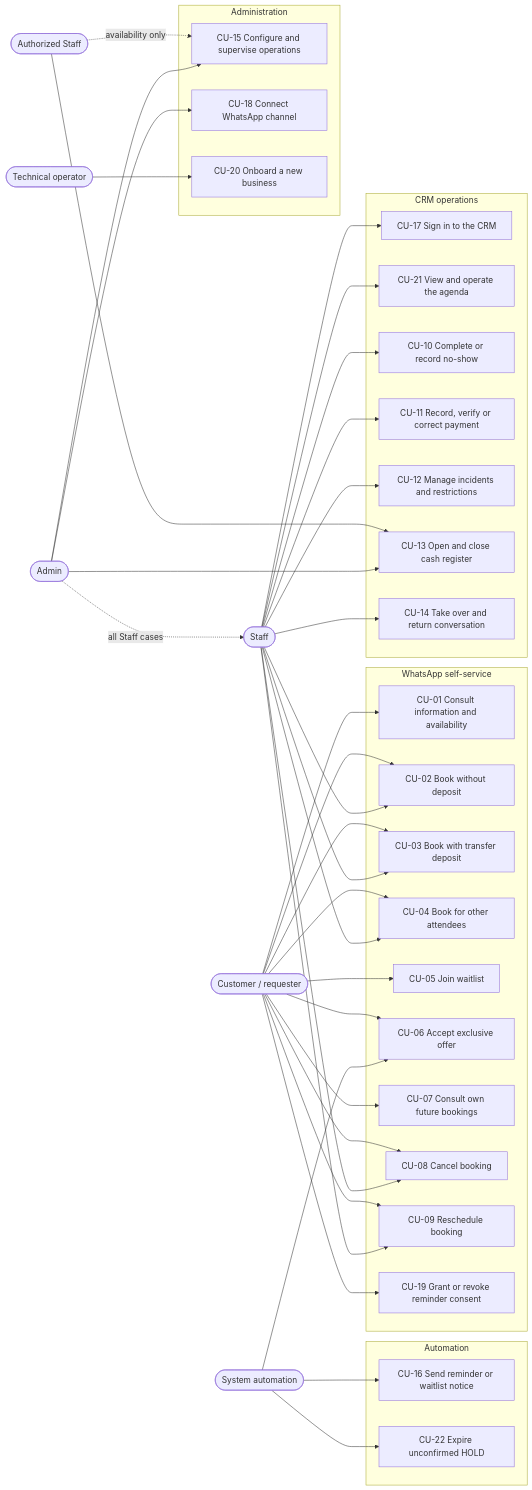
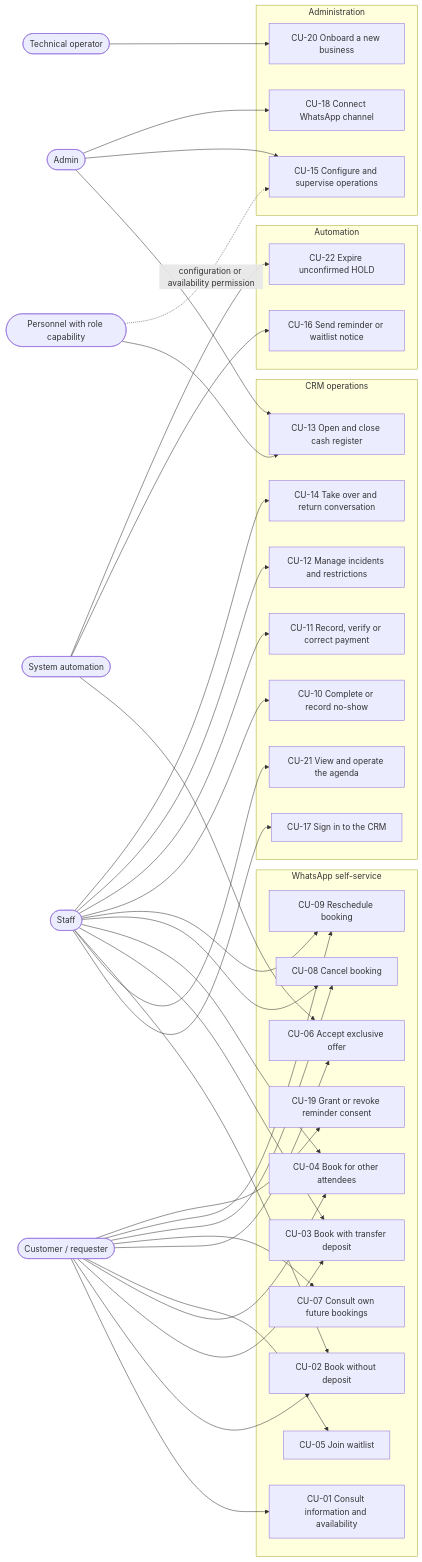
One commit to nanonoir/Agendoxa changed the first of 2 diagrams in docs/product-specs/uc-02/use-cases.md. Above: the diagram before and after it, drawn with Mermaid. The commit also changed other lines of this file and 13 other files, not shown here.

````diff
--- a/docs/product-specs/uc-02/use-cases.md
+++ b/docs/product-specs/uc-02/use-cases.md
@@ -66,52 +66,51 @@
 ```mermaid
 flowchart LR
     CUS([Customer / requester])
     STF([Staff])
-    AUT([Authorized Staff])
+    AUT([Personnel with role capability])
     ADM([Admin])
     OPR([Technical operator])
     SYS([System automation])
 
     subgraph SELF[WhatsApp self-service]
         CU01[CU-01 Consult information and availability]
         CU02[CU-02 Book without deposit]
         CU03[CU-03 Book with transfer deposit]
         CU04[CU-04 Book for other attendees]
         CU05[CU-05 Join waitlist]
         CU06[CU-06 Accept exclusive offer]
         CU07[CU-07 Consult own future bookings]
         CU08[CU-08 Cancel booking]
         CU09[CU-09 Reschedule booking]
         CU19[CU-19 Grant or revoke reminder consent]
     end
 
     subgraph OPS[CRM operations]
         CU17[CU-17 Sign in to the CRM]
         CU21[CU-21 View and operate the agenda]
         CU10[CU-10 Complete or record no-show]
         CU11[CU-11 Record, verify or correct payment]
         CU12[CU-12 Manage incidents and restrictions]
         CU13[CU-13 Open and close cash register]
         CU14[CU-14 Take over and return conversation]
     end
 
     subgraph ADMIN[Administration]
         CU15[CU-15 Configure and supervise operations]
         CU18[CU-18 Connect WhatsApp channel]
         CU20[CU-20 Onboard a new business]
     end
 
     subgraph AUTO[Automation]
         CU16[CU-16 Send reminder or waitlist notice]
         CU22[CU-22 Expire unconfirmed HOLD]
     end
 
     CUS --> CU01 & CU02 & CU03 & CU04 & CU05 & CU06 & CU07 & CU08 & CU09 & CU19
     STF --> CU17 & CU21 & CU02 & CU03 & CU04 & CU08 & CU09 & CU10 & CU11 & CU12 & CU14
     AUT --> CU13
-    AUT -.->|availability only| CU15
+    AUT -.->|configuration or availability permission| CU15
     ADM --> CU13 & CU15 & CU18
-    ADM -.->|all Staff cases| STF
     OPR --> CU20
     SYS --> CU06 & CU16 & CU22
 ```
````
